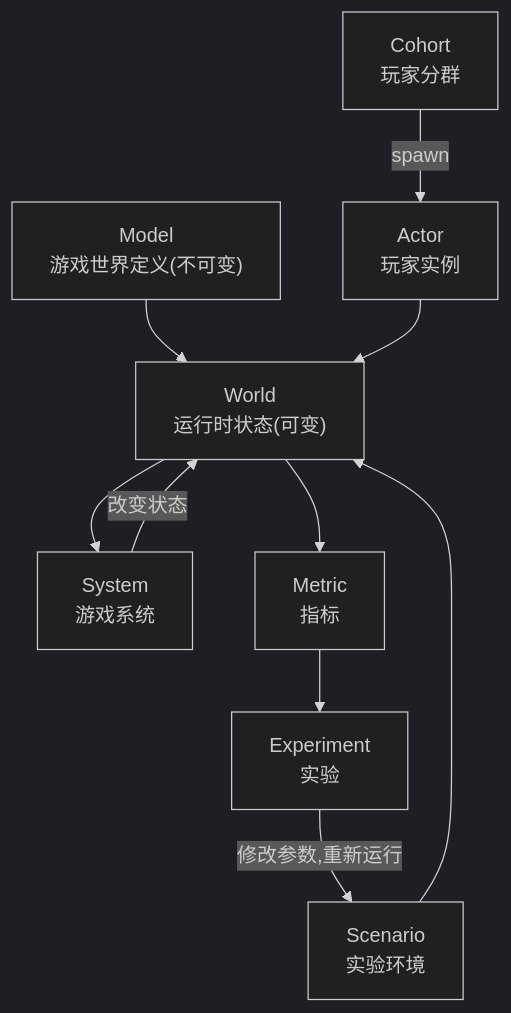
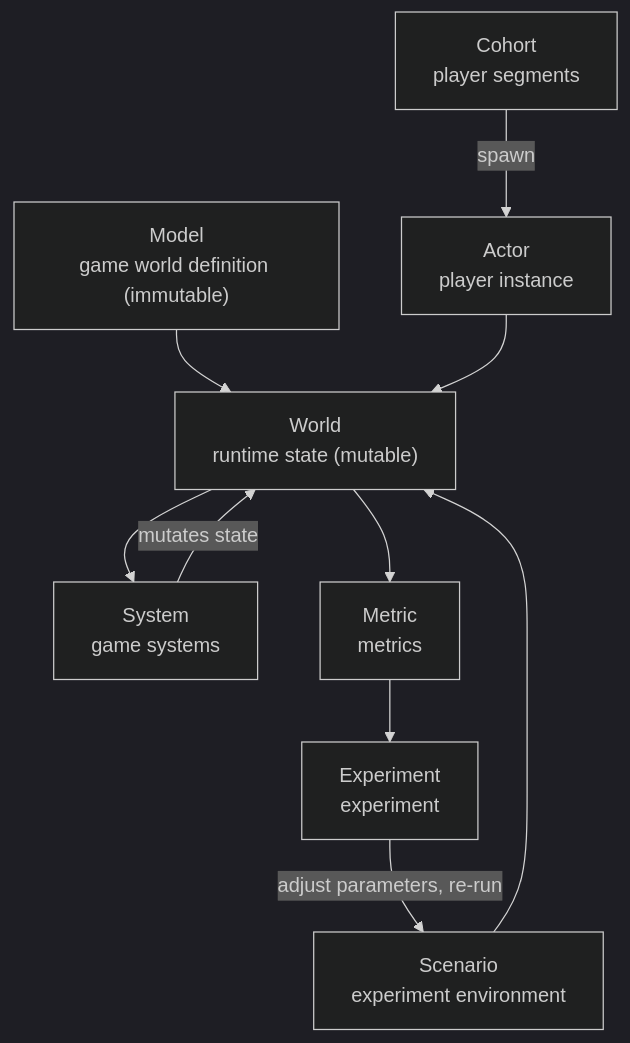
The first of 2 diagrams in docs/guide/03-concepts.md (cuihairu/sandtable), drawn with Mermaid (dark theme) before and after one commit. The commit also changed other lines of this file and 95 other files, not shown here.

````diff
--- a/docs/guide/03-concepts.md
+++ b/docs/guide/03-concepts.md
@@ -17,12 +17,12 @@
 ```mermaid
 flowchart TD
-    M["Model<br>游戏世界定义(不可变)"] --> W["World<br>运行时状态(可变)"]
-    S["Scenario<br>实验环境"] --> W
-    C["Cohort<br>玩家分群"] -->|"spawn"| A["Actor<br>玩家实例"]
+    M["Model<br>game world definition (immutable)"] --> W["World<br>runtime state (mutable)"]
+    S["Scenario<br>experiment environment"] --> W
+    C["Cohort<br>player segments"] -->|"spawn"| A["Actor<br>player instance"]
     A --> W
-    W --> SYS["System<br>游戏系统"]
-    SYS -->|"改变状态"| W
-    W --> MET["Metric<br>指标"]
-    MET --> EXP["Experiment<br>实验"]
-    EXP -->|"修改参数,重新运行"| S
+    W --> SYS["System<br>game systems"]
+    SYS -->|"mutates state"| W
+    W --> MET["Metric<br>metrics"]
+    MET --> EXP["Experiment<br>experiment"]
+    EXP -->|"adjust parameters, re-run"| S
 ```
````
